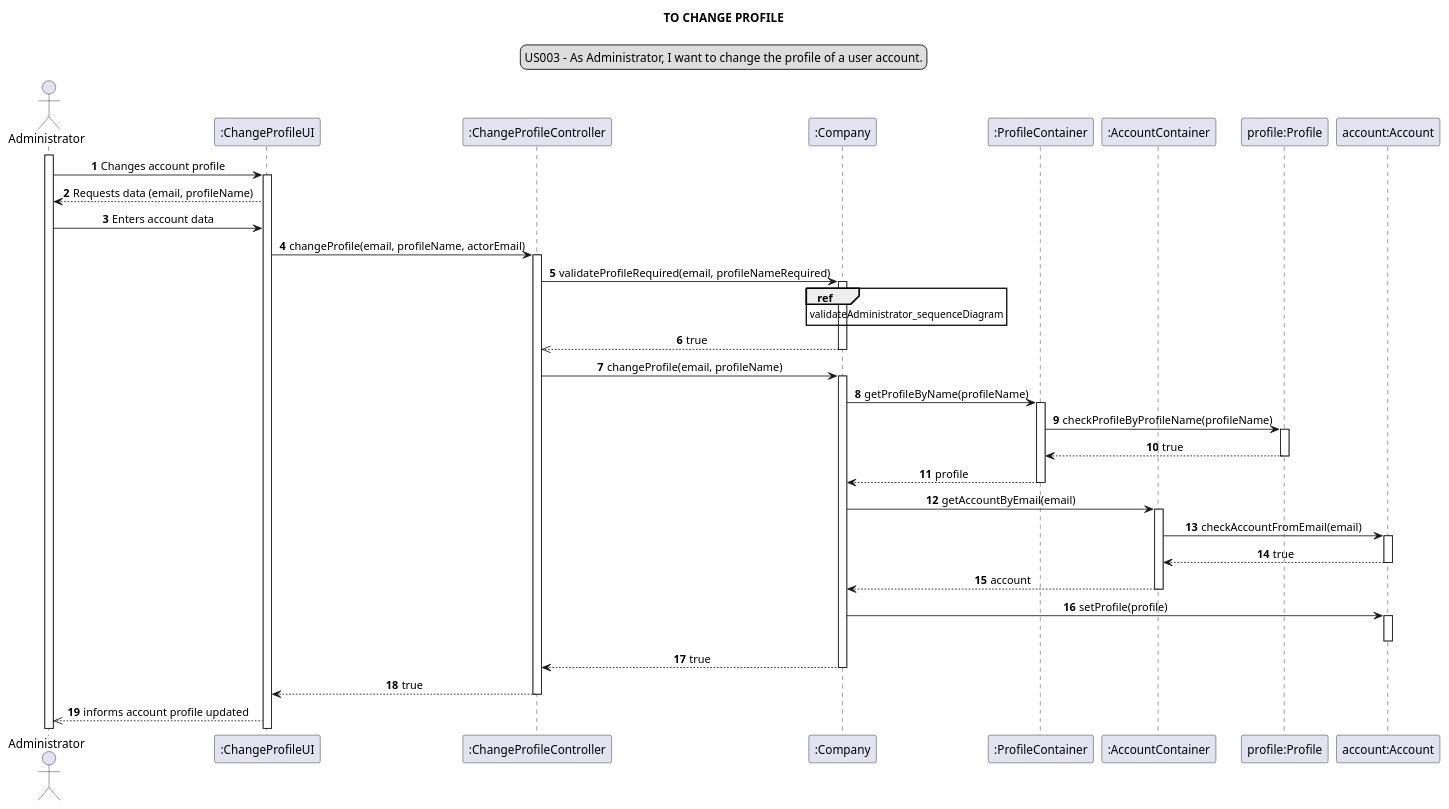
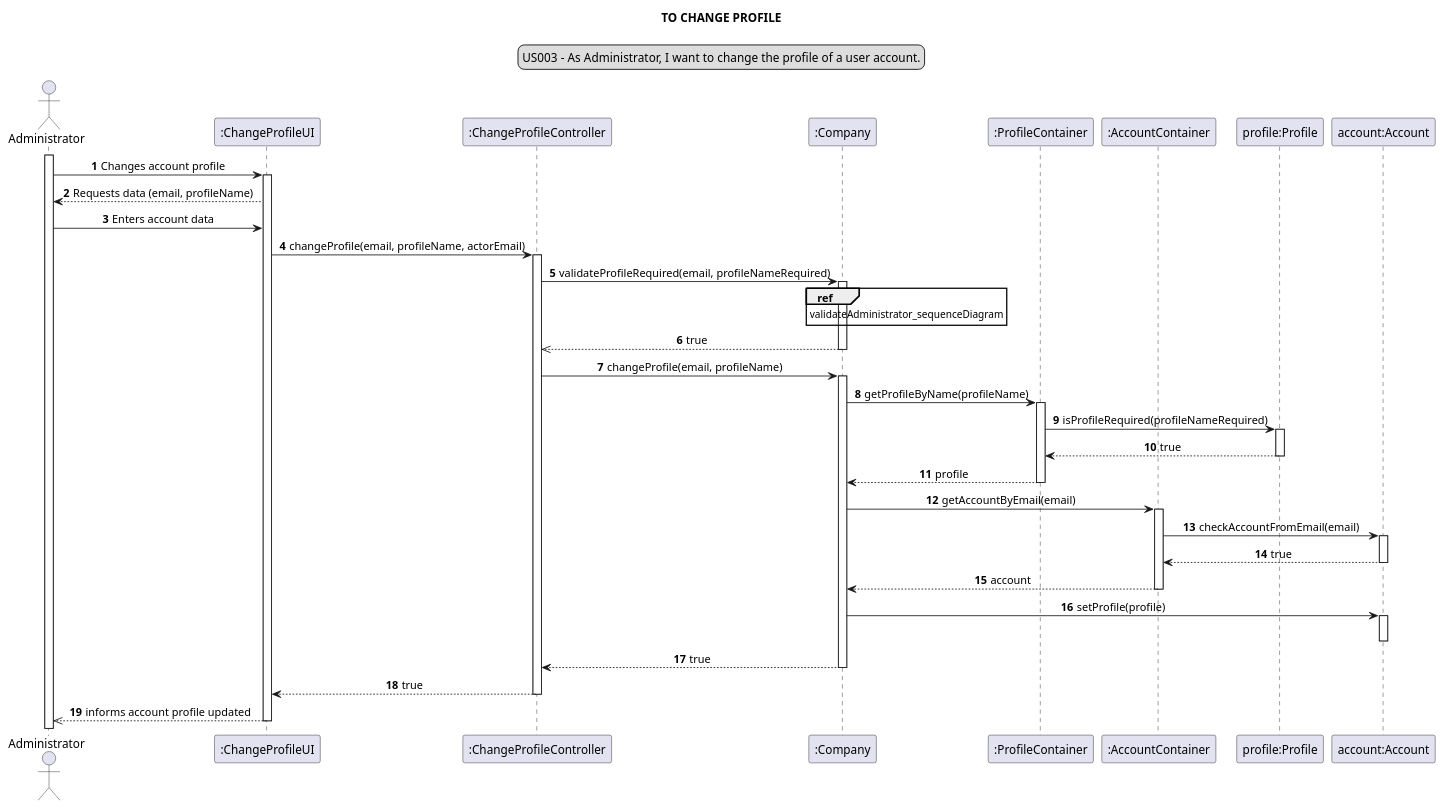
The diagram in docs/modelling_design/user_stories/sprint01/us003/US003_sequenceDiagram.puml (Loracline/project_switch_22-23), drawn with PlantUML before and after one commit. The commit also changed 5 other files, not shown here.

Commit message:
US03: Design: Refinement of class diagram and sequence diagram

```diff
--- a/docs/modelling_design/user_stories/sprint01/us003/US003_sequenceDiagram.puml
+++ b/docs/modelling_design/user_stories/sprint01/us003/US003_sequenceDiagram.puml
@@ -1,61 +1,63 @@
 @startuml
 
 
 actor Administrator
 participant ":ChangeProfileUI" as ui
 participant ":ChangeProfileController" as controller
 participant ":Company" as company
 participant ":ProfileContainer" as profileContainer
 participant ":AccountContainer" as accountContainer
 participant "profile:Profile" as pf
 participant "account:Account" as account
 
 
 
 skinparam sequenceMessageAlign center
 title TO CHANGE PROFILE
 legend top
 US003 - As Administrator, I want to change the profile of a user account.
 end legend
 autonumber
+
 activate Administrator
 Administrator -> ui:  Changes account profile
 activate ui
 Administrator <-- ui:  Requests data (email, profileName)
 Administrator -> ui:  Enters account data
 ui -> controller: changeProfile(email, profileName, actorEmail)
 activate controller
 controller -> company: validateProfileRequired(email, profileNameRequired)
 activate company
 ref over company: validateAdministrator_sequenceDiagram
 company -->> controller: true
 deactivate company
 controller -> company: changeProfile(email, profileName)
 activate company
 company -> profileContainer: getProfileByName(profileName)
 activate profileContainer
-profileContainer -> pf: checkProfileByProfileName(profileName)
+profileContainer -> pf: isProfileRequired(profileNameRequired)
 activate pf
 pf --> profileContainer : true
 deactivate pf
 company <-- profileContainer: profile
 deactivate profileContainer
 company -> accountContainer: getAccountByEmail(email)
 activate accountContainer
 accountContainer -> account: checkAccountFromEmail(email)
 activate account
 account --> accountContainer: true
 deactivate account
 company <-- accountContainer: account
 deactivate accountContainer
 company -> account: setProfile(profile)
 activate account
 deactivate account
 controller <-- company: true
 deactivate company
 controller --> ui: true
 deactivate controller
 ui -->> Administrator: informs account profile updated
+deactivate ui
 
 
 @enduml
```
